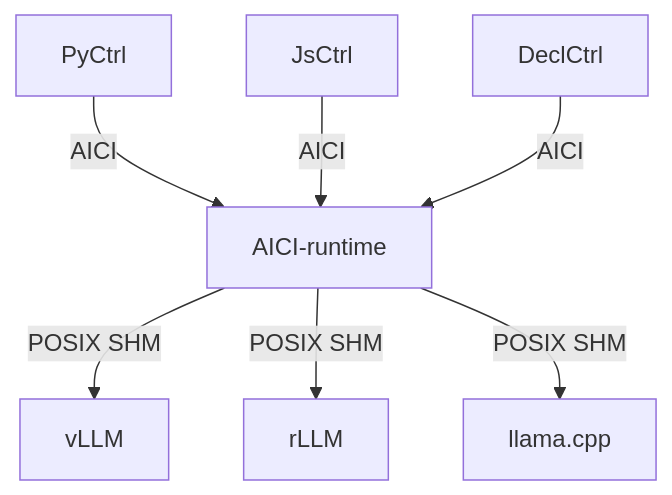
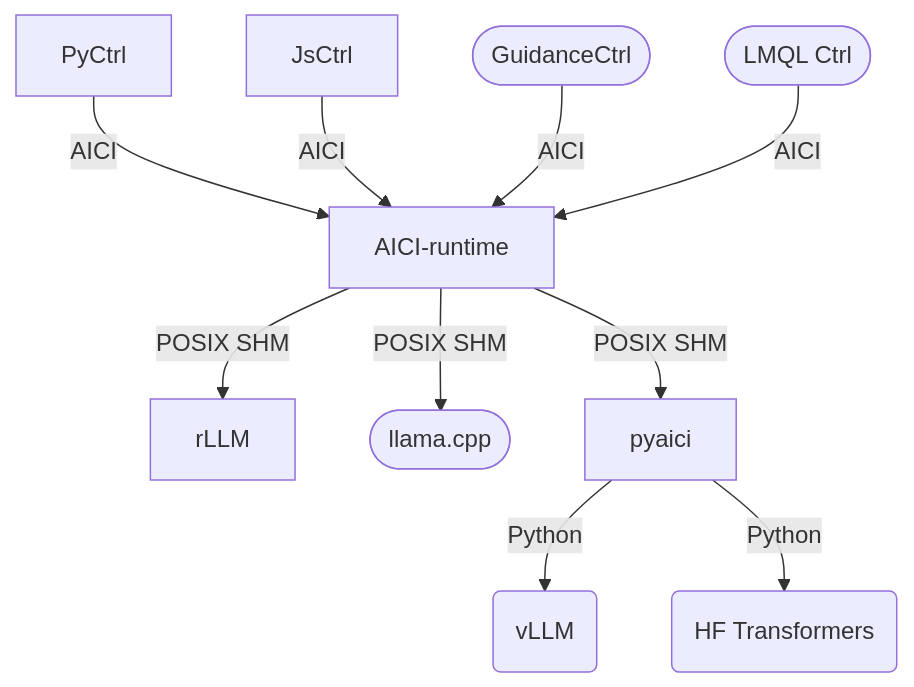
The diagram in README.md (microsoft/aici), drawn with Mermaid before and after one commit. The commit also changed other lines of this file, not shown here.

````diff
--- a/README.md
+++ b/README.md
@@ -42,9 +43,12 @@
 ```mermaid
 graph TD
     PyCtrl -- AICI --> aicirt[AICI-runtime]
     JsCtrl -- AICI --> aicirt
-    DeclCtrl -- AICI --> aicirt
-    aicirt -- POSIX SHM --> vLLM
+    guidance([GuidanceCtrl]) -- AICI --> aicirt
+    lmql([LMQL Ctrl]) -- AICI --> aicirt
     aicirt -- POSIX SHM --> rLLM
-    aicirt -- POSIX SHM --> llama.cpp
+    aicirt -- POSIX SHM --> llama([llama.cpp])
+    aicirt -- POSIX SHM --> pyaici
+    pyaici -- Python --> vLLM(vLLM)
+    pyaici -- Python --> hf(HF Transformers)
 ```
````
